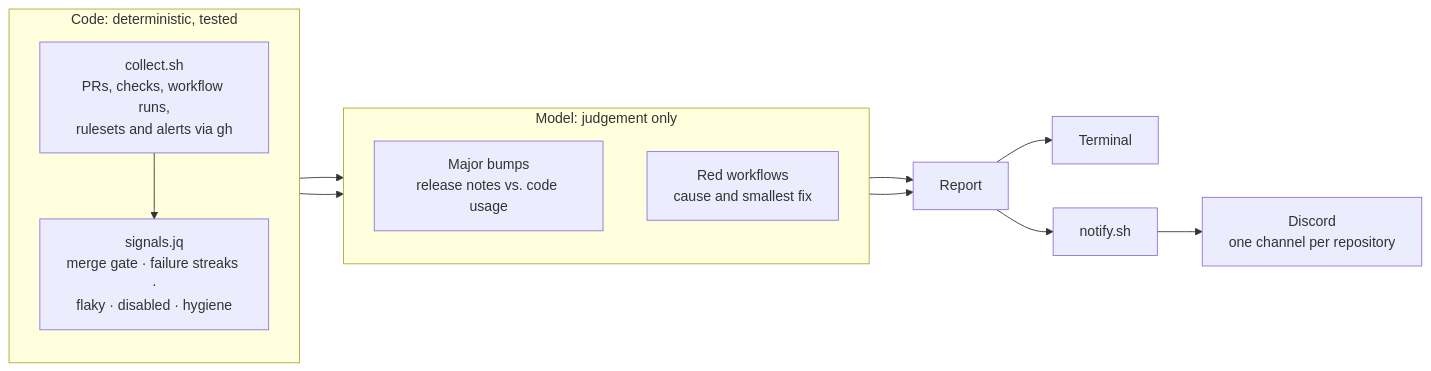
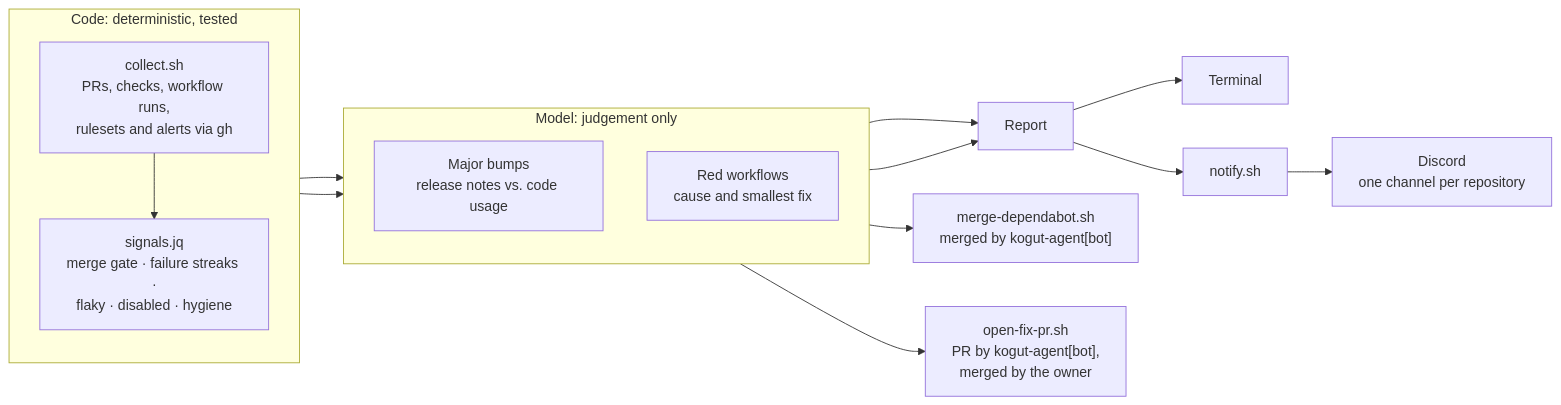
Before and after one commit to AKogut/ai-agentic-workflow: the diagram in README.md, drawn with Mermaid. The commit also changed other lines of this file and 11 other files, not shown here.

First line of the commit message:
feat: act as the kogut-agent GitHub App and open fixes as PRs (#6)

````diff
--- a/README.md
+++ b/README.md
@@ -37,18 +37,20 @@
 ```mermaid
 flowchart LR
   subgraph det["Code: deterministic, tested"]
     direction TB
     collect["collect.sh<br/>PRs, checks, workflow runs,<br/>rulesets and alerts via gh"]
     signals["signals.jq<br/>merge gate · failure streaks ·<br/>flaky · disabled · hygiene"]
     collect --> signals
   end
   subgraph judge["Model: judgement only"]
     direction TB
     majors["Major bumps<br/>release notes vs. code usage"]
     ci["Red workflows<br/>cause and smallest fix"]
   end
   signals --> majors & ci
   majors & ci --> report["Report"]
   report --> terminal["Terminal"]
   report --> notify["notify.sh"] --> discord["Discord<br/>one channel per repository"]
+  majors --> merge["merge-dependabot.sh<br/>merged by kogut-agent[bot]"]
+  ci --> fix["open-fix-pr.sh<br/>PR by kogut-agent[bot],<br/>merged by the owner"]
 ```
````
